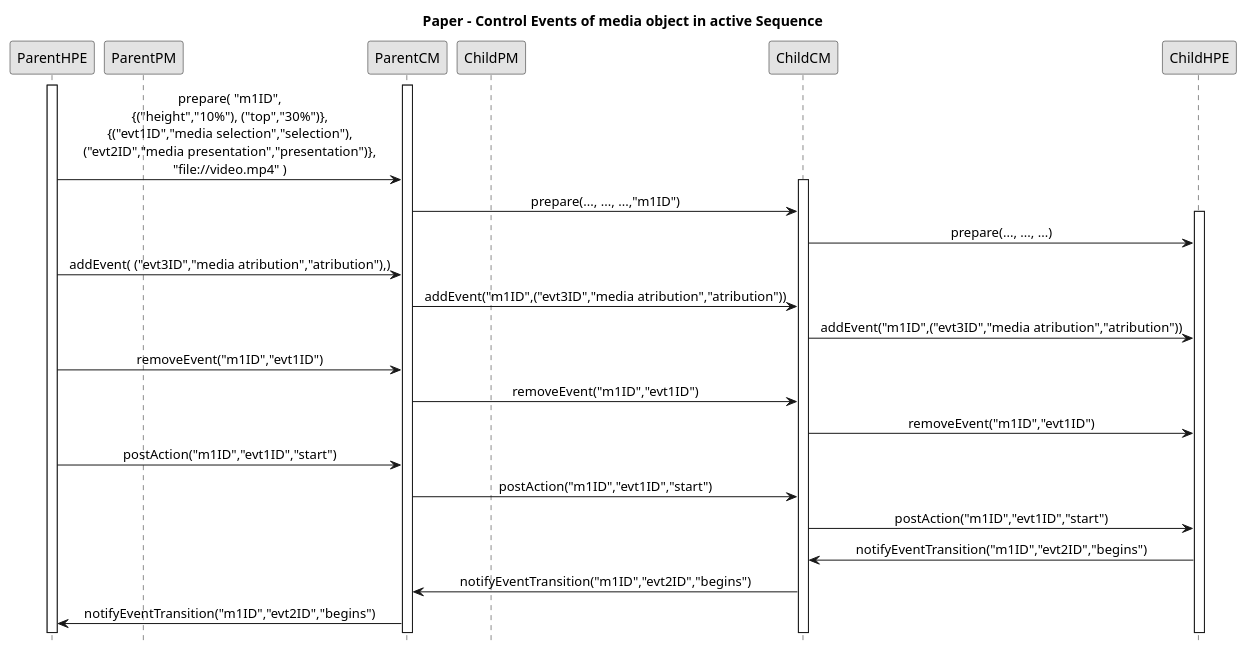
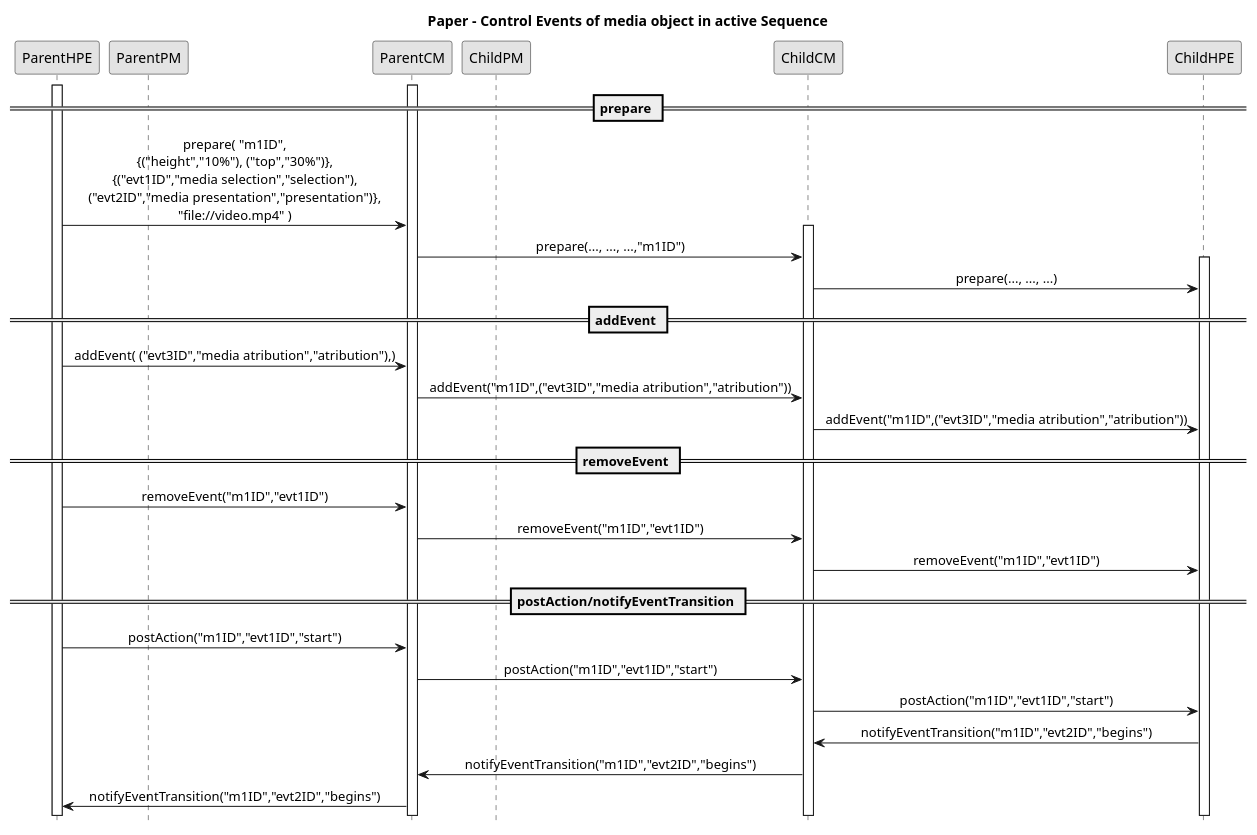
Before and after one commit to alanlivio/fsmda: the diagram in sequence3proposal.plantuml, drawn with PlantUML. The commit also changed other lines of this file and 7 other files, not shown here.

```diff
--- a/sequence3proposal.plantuml
+++ b/sequence3proposal.plantuml
@@ -2,36 +2,40 @@
 @startuml
 hide footbox
 skinparam monochrome true
 skinparam sequenceMessageAlign center
 
 participant ParentHPE
 participant ParentPM
 participant ParentCM
 participant ChildPM
 participant ChildCM
 participant ChildHPE
 
-'====================Paper - Control Events of media object in active Sequence====================
+''''''''''''''''''Paper - Control Events of media object in active Sequence'''''''''''''''''
 title Paper - Control Events of media object in active Sequence
+== prepare ==
 activate ParentHPE
 activate ParentCM
 ParentHPE->ParentCM: prepare( "m1ID",\n{("height","10%"), ("top","30%")},\n{("evt1ID","media selection","selection"),\n("evt2ID","media presentation","presentation")},\n"file://video.mp4" )
 activate ChildCM
 ParentCM->ChildCM:   prepare(..., ..., ...,"m1ID")
 activate ChildHPE
 ChildCM->ChildHPE:   prepare(..., ..., ...)
+== addEvent ==
 ParentHPE->ParentCM: addEvent( ("evt3ID","media atribution","atribution"),)
 ParentCM->ChildCM:   addEvent("m1ID",("evt3ID","media atribution","atribution"))
 ChildCM->ChildHPE:   addEvent("m1ID",("evt3ID","media atribution","atribution"))
+== removeEvent ==
 ParentHPE->ParentCM: removeEvent("m1ID","evt1ID")
 ParentCM->ChildCM:   removeEvent("m1ID","evt1ID")
 ChildCM->ChildHPE:   removeEvent("m1ID","evt1ID")
+== postAction/notifyEventTransition ==
 ParentHPE->ParentCM: postAction("m1ID","evt1ID","start")
 ParentCM->ChildCM:   postAction("m1ID","evt1ID","start")
 ChildCM->ChildHPE:   postAction("m1ID","evt1ID","start")
 ChildHPE->ChildCM:   notifyEventTransition("m1ID","evt2ID","begins")
 ChildCM->ParentCM:   notifyEventTransition("m1ID","evt2ID","begins")
 ParentCM->ParentHPE: notifyEventTransition("m1ID","evt2ID","begins")
 
-'====================Ending PLANTUML params====================
+''''''''''''''''''Ending PLANTUML params'''''''''''''''''
 @enduml
```
